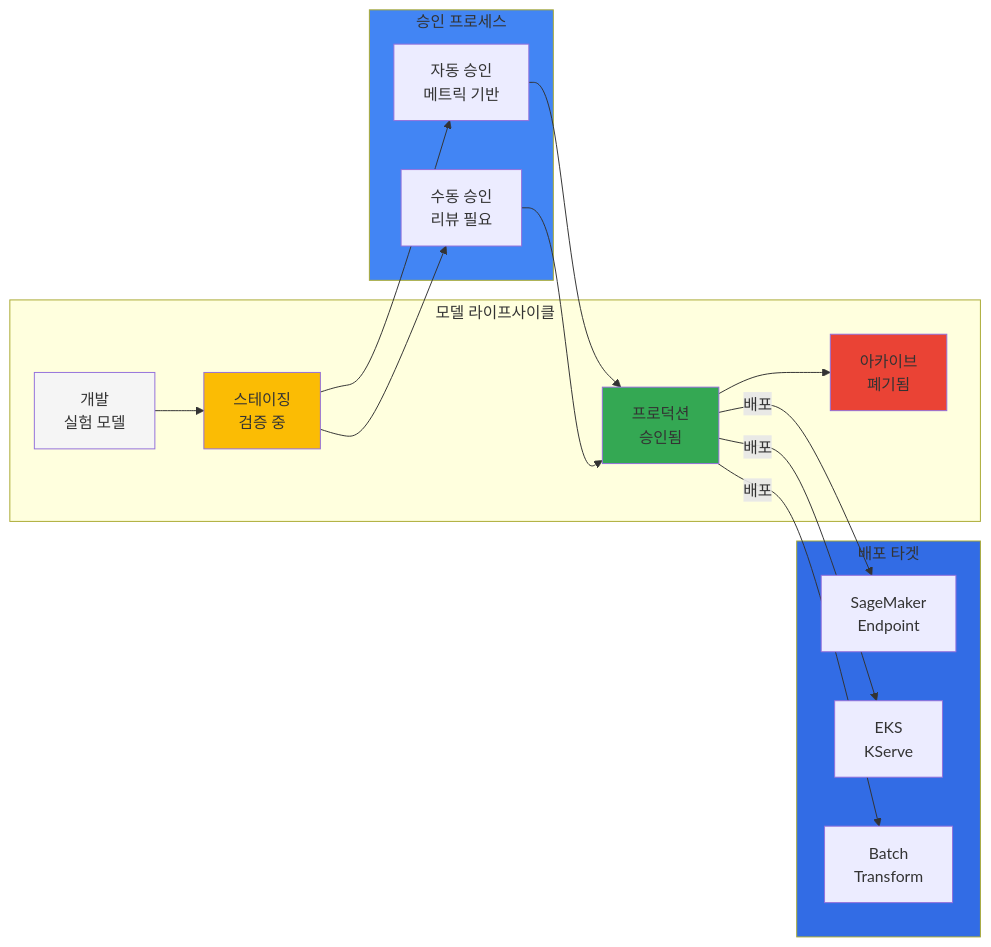
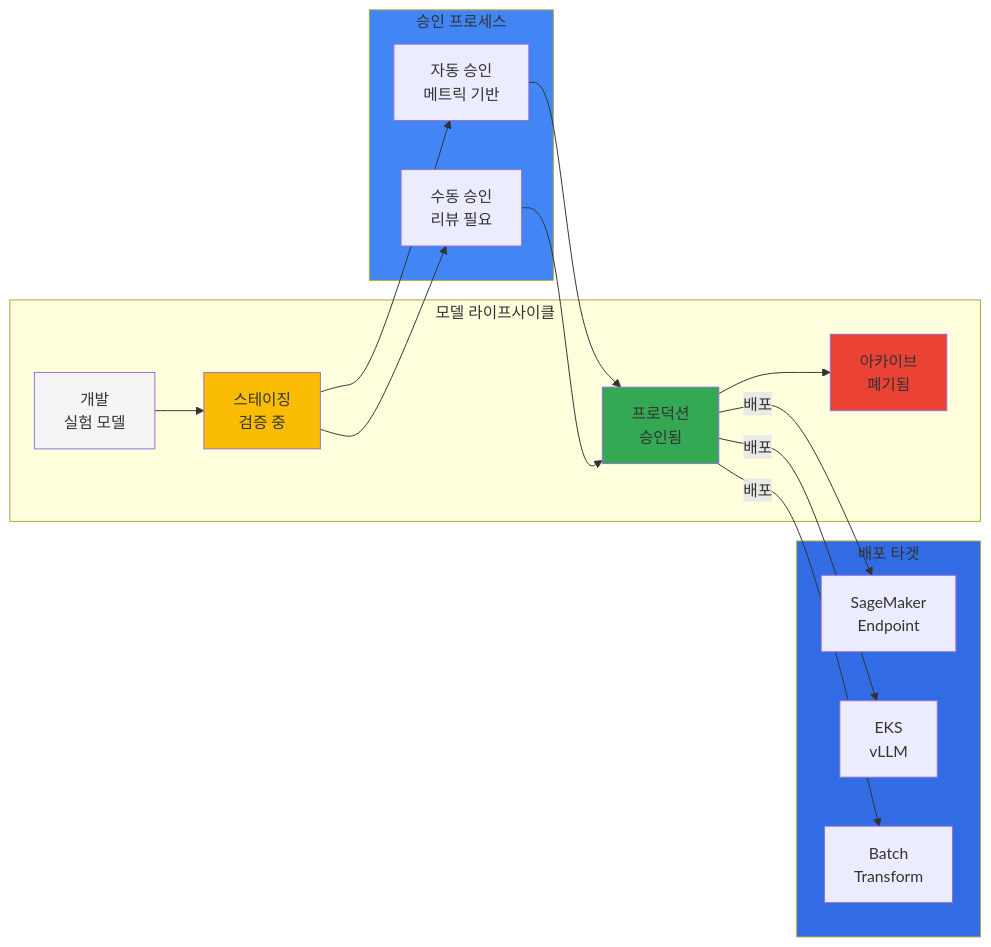
Before and after one commit to devfloor9/engineering-playbook: the second of 4 diagrams in docs/agentic-ai-platform/operations-mlops/sagemaker-eks-integration.md, drawn with Mermaid. The commit also changed other lines of this file and 21 other files, not shown here.

````diff
--- a/docs/agentic-ai-platform/operations-mlops/sagemaker-eks-integration.md
+++ b/docs/agentic-ai-platform/operations-mlops/sagemaker-eks-integration.md
@@ -310,38 +341,38 @@
 ```mermaid
 flowchart LR
     subgraph Lifecycle["모델 라이프사이클"]
         DEV[개발<br/>실험 모델]
         STAGING[스테이징<br/>검증 중]
         PROD[프로덕션<br/>승인됨]
         ARCHIVED[아카이브<br/>폐기됨]
     end
 
     subgraph Approval["승인 프로세스"]
         AUTO[자동 승인<br/>메트릭 기반]
         MANUAL[수동 승인<br/>리뷰 필요]
     end
 
     subgraph Deploy["배포 타겟"]
         SM_EP[SageMaker<br/>Endpoint]
-        EKS_KSERVE[EKS<br/>KServe]
+        EKS_VLLM[EKS<br/>vLLM]
         BATCH[Batch<br/>Transform]
     end
 
     DEV --> STAGING
     STAGING --> AUTO
     STAGING --> MANUAL
     AUTO --> PROD
     MANUAL --> PROD
     PROD --> ARCHIVED
 
     PROD -->|배포| SM_EP
-    PROD -->|배포| EKS_KSERVE
+    PROD -->|배포| EKS_VLLM
     PROD -->|배포| BATCH
 
     style DEV fill:#f5f5f5
     style STAGING fill:#fbbc04
     style PROD fill:#34a853
     style ARCHIVED fill:#ea4335
     style Approval fill:#4285f4
     style Deploy fill:#326ce5
 ```
````
